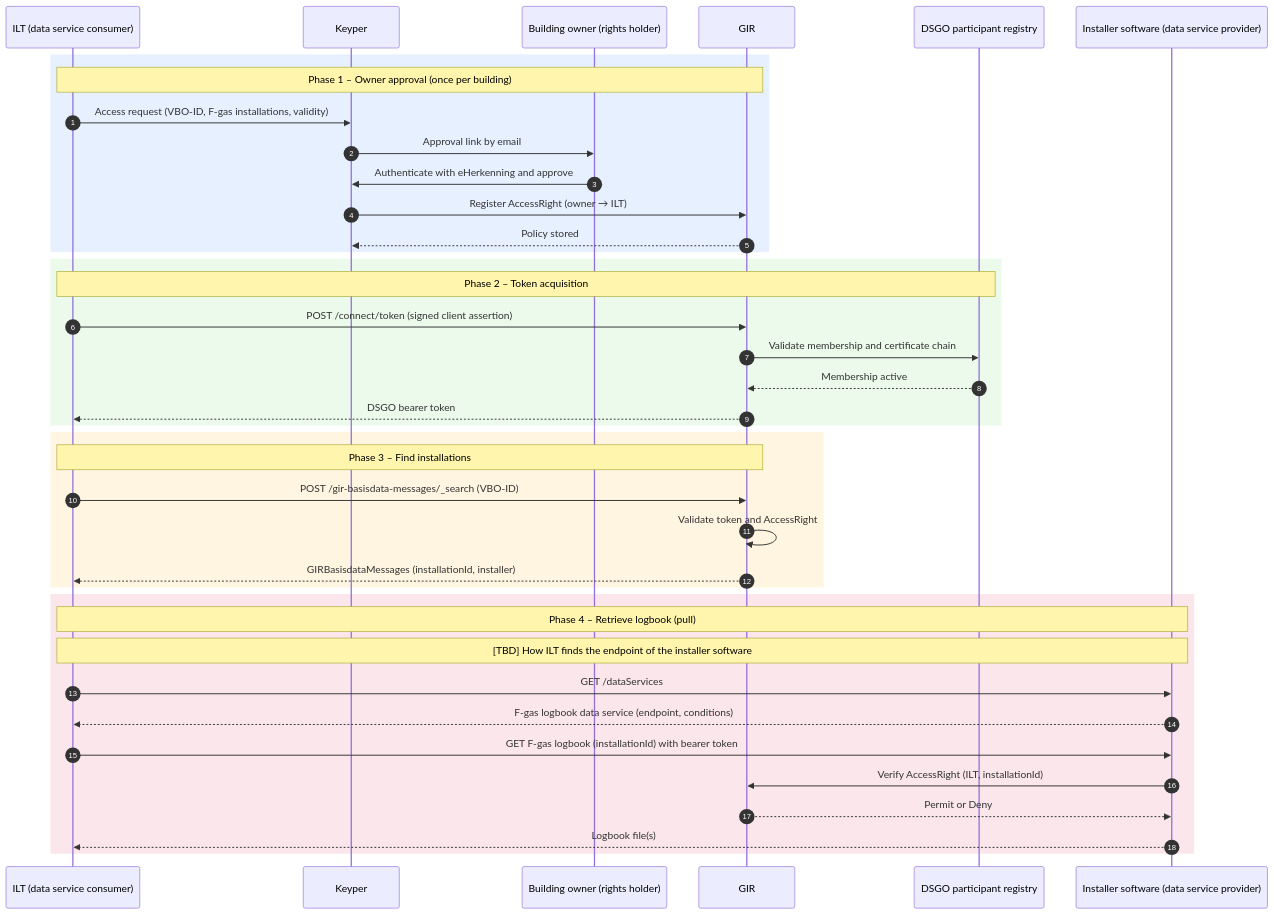
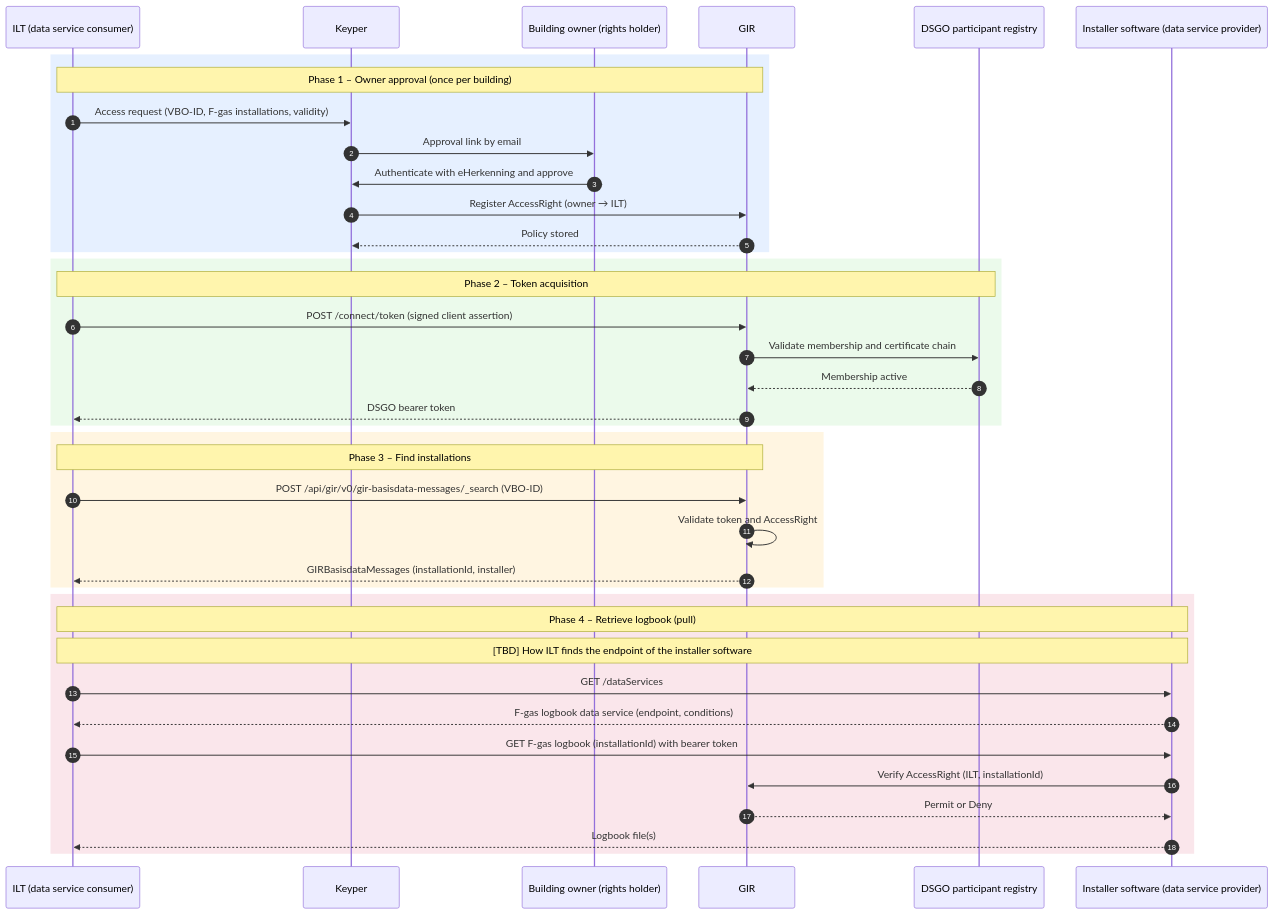
One commit to POORT8/Poort8.Docs changed the diagram in gir/f-gas-logbooks-ilt.md. Above: the diagram before and after it, drawn with Mermaid.

Commit message:
Deploy gir docs: 4a7ae226c35abe79ab521d12dfa74db62cbfb02e

````diff
--- a/gir/f-gas-logbooks-ilt.md
+++ b/gir/f-gas-logbooks-ilt.md
@@ -24,45 +24,45 @@
 ```mermaid
 sequenceDiagram
     autonumber
     participant ILT as ILT (data service consumer)
     participant Keyper as Keyper
     participant Owner as Building owner (rights holder)
     participant GIR as GIR
     participant SAT as DSGO participant registry
     participant SW as Installer software (data service provider)
 
     rect rgb(230, 240, 255)
     note over ILT,GIR: Phase 1 – Owner approval (once per building)
     ILT->>Keyper: Access request (VBO-ID, F-gas installations, validity)
     Keyper->>Owner: Approval link by email
     Owner->>Keyper: Authenticate with eHerkenning and approve
     Keyper->>GIR: Register AccessRight (owner → ILT)
     GIR-->>Keyper: Policy stored
     end
 
     rect rgb(235, 250, 235)
     note over ILT,SAT: Phase 2 – Token acquisition
     ILT->>GIR: POST /connect/token (signed client assertion)
     GIR->>SAT: Validate membership and certificate chain
     SAT-->>GIR: Membership active
     GIR-->>ILT: DSGO bearer token
     end
 
     rect rgb(255, 245, 225)
     note over ILT,GIR: Phase 3 – Find installations
-    ILT->>GIR: POST /gir-basisdata-messages/_search (VBO-ID)
+    ILT->>GIR: POST /api/gir/v0/gir-basisdata-messages/_search (VBO-ID)
     GIR->>GIR: Validate token and AccessRight
     GIR-->>ILT: GIRBasisdataMessages (installationId, installer)
     end
 
     rect rgb(250, 230, 235)
     note over ILT,SW: Phase 4 – Retrieve logbook (pull)
     note over ILT,SW: [TBD] How ILT finds the endpoint of the installer software
     ILT->>SW: GET /dataServices
     SW-->>ILT: F-gas logbook data service (endpoint, conditions)
     ILT->>SW: GET F-gas logbook (installationId) with bearer token
     SW->>GIR: Verify AccessRight (ILT, installationId)
     GIR-->>SW: Permit or Deny
     SW-->>ILT: Logbook file(s)
     end
 ```
````
